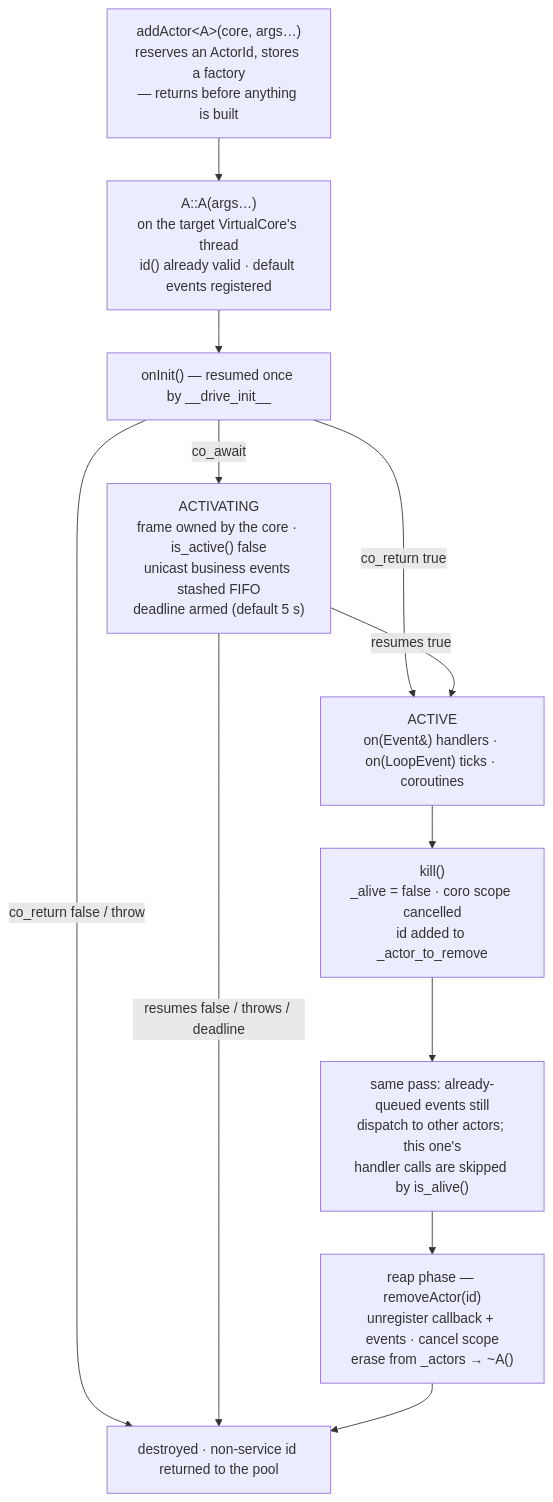
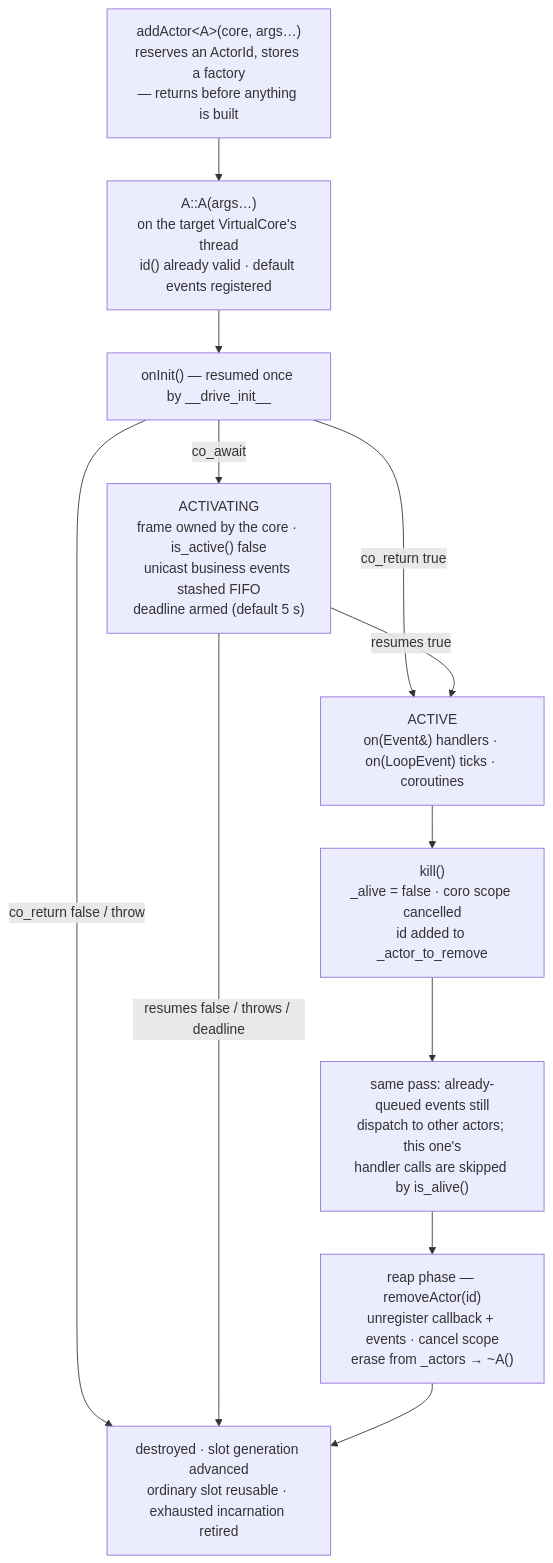
The diagram in readme/4_qb_core/actor.md (isndev/qb), drawn with Mermaid before and after one commit. The commit also changed other lines of this file and 105 other files, not shown here.

````diff
--- a/readme/4_qb_core/actor.md
+++ b/readme/4_qb_core/actor.md
@@ -76,15 +84,15 @@
 ```mermaid
 flowchart TD
     AA["addActor&lt;A&gt;(core, args…)<br/>reserves an ActorId, stores a factory<br/>— returns before anything is built"] --> CT
     CT["A::A(args…)<br/>on the target VirtualCore's thread<br/>id() already valid · default events registered"] --> OI
     OI["onInit() — resumed once by __drive_init__"] -->|"co_return true"| ACT
     OI -->|"co_return false / throw"| DX
     OI -->|"co_await"| SUS
     SUS["ACTIVATING<br/>frame owned by the core · is_active() false<br/>unicast business events stashed FIFO<br/>deadline armed (default 5 s)"] -->|"resumes true"| ACT
     SUS -->|"resumes false / throws / deadline"| DX
     ACT["ACTIVE<br/>on(Event&amp;) handlers · on(LoopEvent) ticks · coroutines"] --> K
     K["kill()<br/>_alive = false · coro scope cancelled<br/>id added to _actor_to_remove"] --> DR
     DR["same pass: already-queued events still<br/>dispatch to other actors; this one's<br/>handler calls are skipped by is_alive()"] --> RP
     RP["reap phase — removeActor(id)<br/>unregister callback + events · cancel scope<br/>erase from _actors → ~A()"] --> DX
-    DX["destroyed · non-service id returned to the pool"]
+    DX["destroyed · slot generation advanced<br/>ordinary slot reusable · exhausted incarnation retired"]
 ```
````
